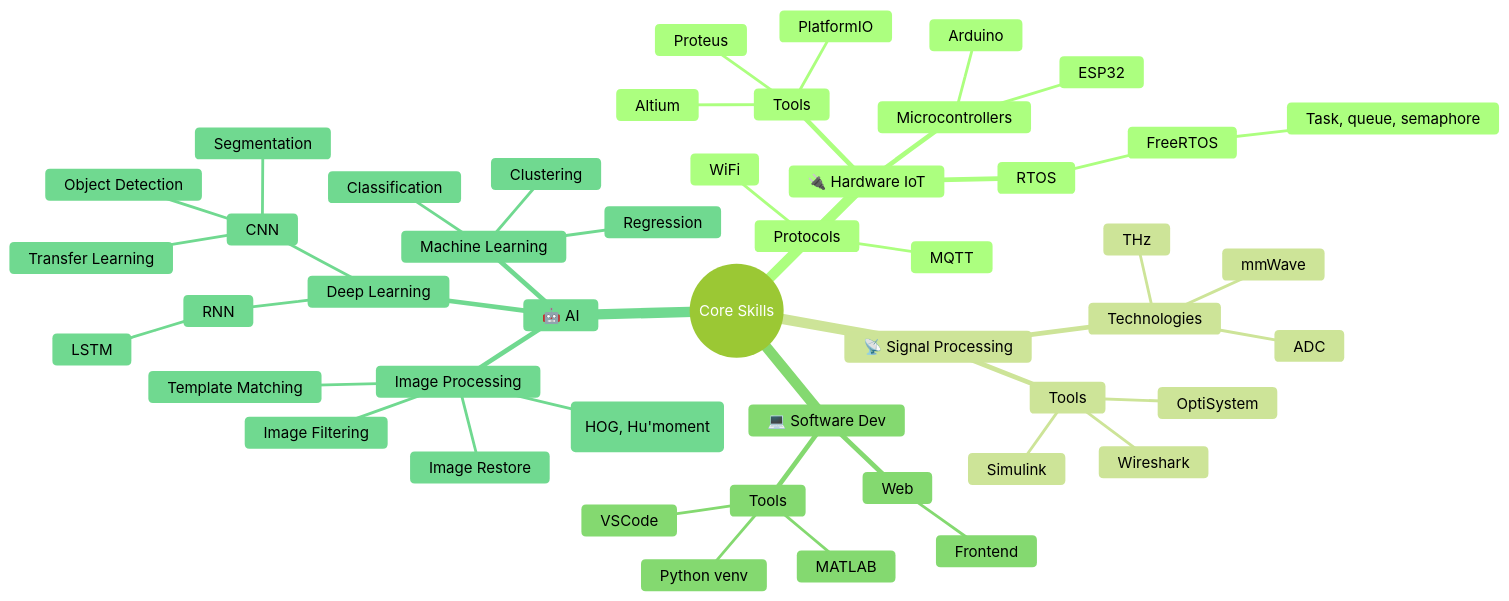
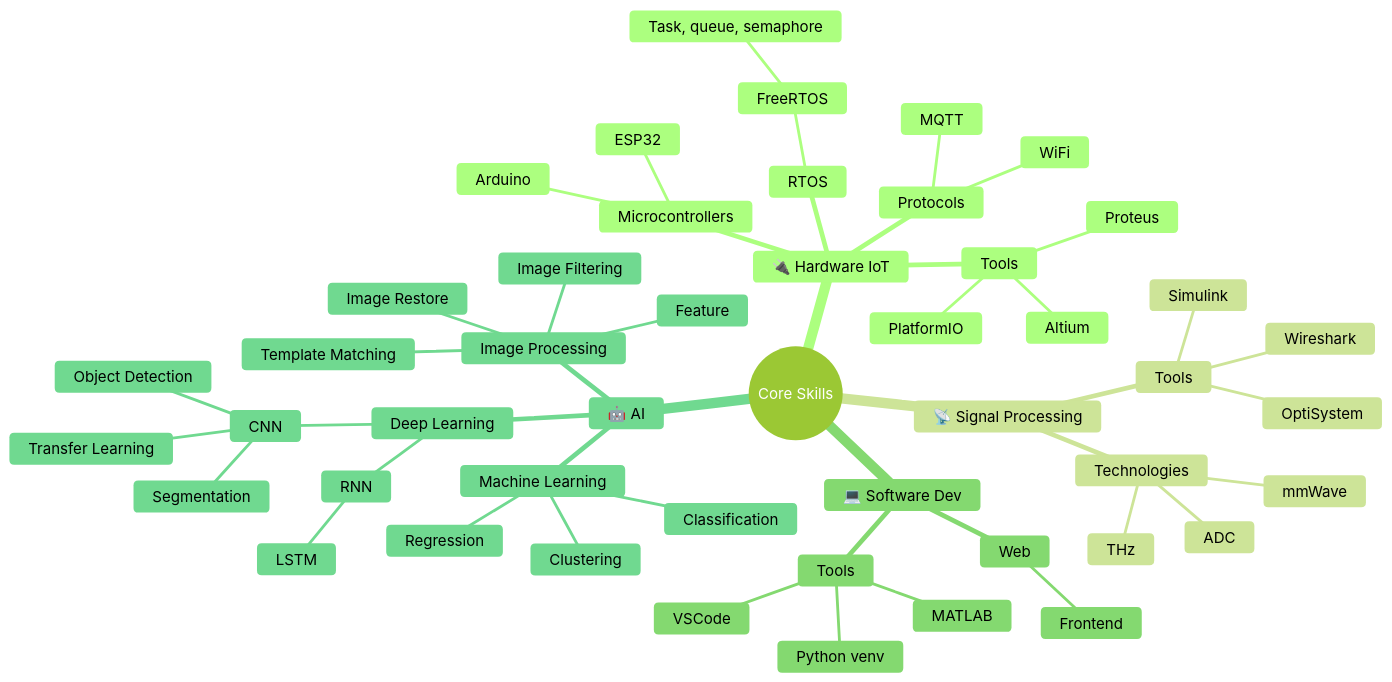
Before and after one commit to bathanh0309/bathanh0309: the diagram in README.md, drawn with Mermaid (forest theme).

````diff
--- a/README.md
+++ b/README.md
@@ -141,51 +141,51 @@
 ```mermaid
 mindmap
   root((Core Skills))
     🔌 Hardware IoT
       Microcontrollers
         ESP32
         Arduino
       RTOS
         FreeRTOS
           Task, queue, semaphore
       Protocols
         MQTT
         WiFi
       Tools
         PlatformIO
         Proteus
         Altium
     📡 Signal Processing
       Technologies
         mmWave
         THz
         ADC
       Tools
         Simulink
         OptiSystem
         Wireshark
     💻 Software Dev
       Web
         Frontend
       Tools
         VSCode
         MATLAB
         Python venv
     🤖 AI 
       Machine Learning
         Classification
         Regression
         Clustering
       Deep Learning
         CNN
           Segmentation
           Object Detection
           Transfer Learning
         RNN
           LSTM
       Image Processing
-        Feature (HOG, Hu'moment)
+        Feature
         Image Filtering
         Image Restore
         Template Matching
 ```
````
